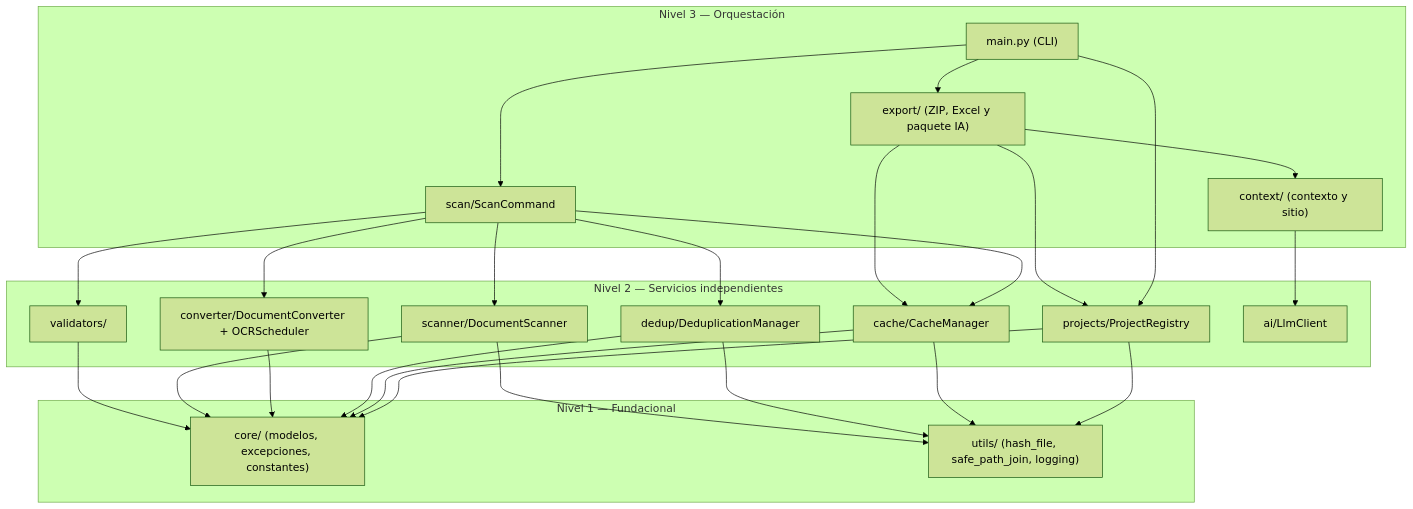
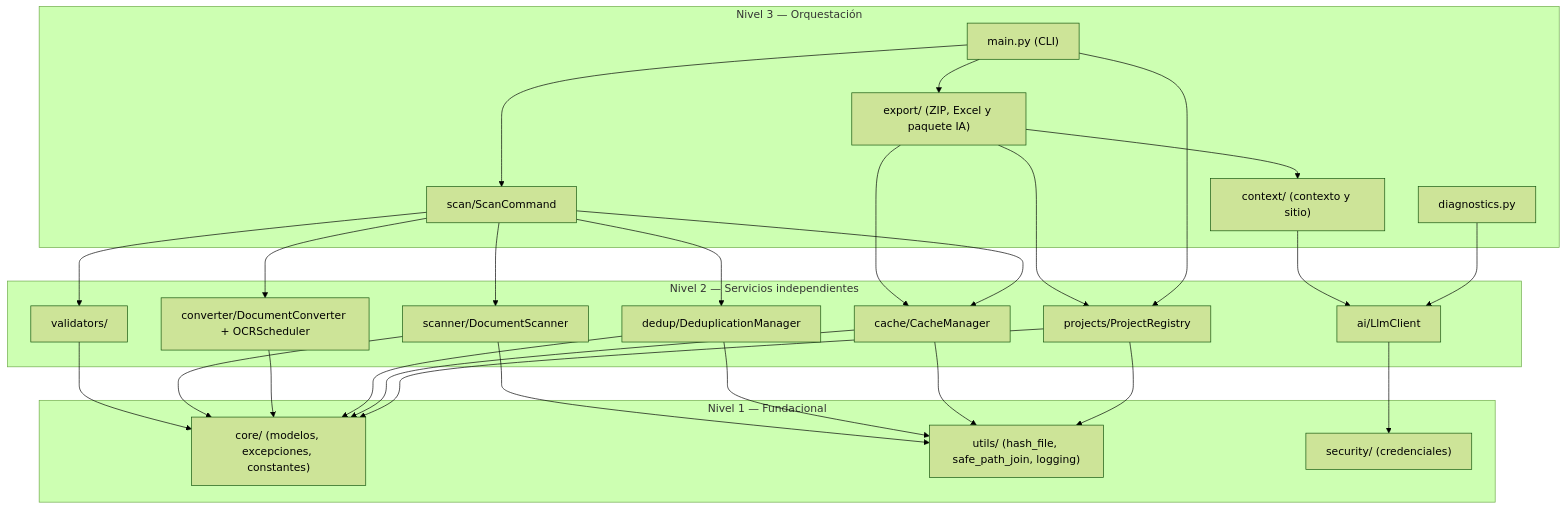
One commit to fmanza/doc_organize changed the diagram in docs/api/index.md. Above: the diagram before and after it, drawn with Mermaid (forest theme). The commit also changed other lines of this file and 53 other files, not shown here.

````diff
--- a/docs/api/index.md
+++ b/docs/api/index.md
@@ -24,49 +29,53 @@
 ```mermaid
 graph TB
     subgraph L3["Nivel 3 — Orquestación"]
         CLI["main.py (CLI)"]
         ScanCmd["scan/ScanCommand"]
         Ctx["context/ (contexto y sitio)"]
         Export["export/ (ZIP, Excel y paquete IA)"]
+        Diag["diagnostics.py"]
     end
 
     subgraph L2["Nivel 2 — Servicios independientes"]
         Validators["validators/"]
         Scanner["scanner/DocumentScanner"]
         Converter["converter/DocumentConverter + OCRScheduler"]
         Dedup["dedup/DeduplicationManager"]
         Cache["cache/CacheManager"]
         Projects["projects/ProjectRegistry"]
         AI["ai/LlmClient"]
     end
 
     subgraph L1["Nivel 1 — Fundacional"]
         Core["core/ (modelos, excepciones, constantes)"]
         Utils["utils/ (hash_file, safe_path_join, logging)"]
+        Security["security/ (credenciales)"]
     end
 
     CLI --> ScanCmd
     CLI --> Export
     Export --> Cache
     Export --> Projects
     CLI --> Projects
     Ctx --> AI
     Export --> Ctx
+    Diag --> AI
+    AI --> Security
 
     ScanCmd --> Validators
     ScanCmd --> Scanner
     ScanCmd --> Converter
     ScanCmd --> Dedup
     ScanCmd --> Cache
 
     Validators --> Core
     Scanner --> Utils
     Scanner --> Core
     Converter --> Core
     Dedup --> Utils
     Dedup --> Core
     Cache --> Utils
     Cache --> Core
     Projects --> Utils
     Projects --> Core
 ```
````
